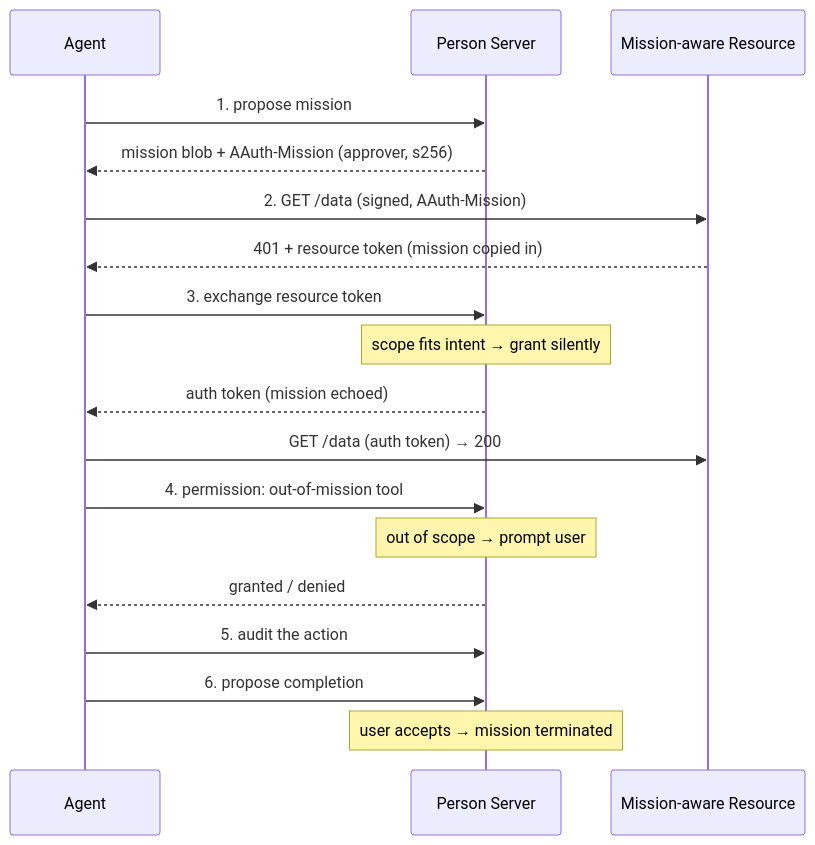
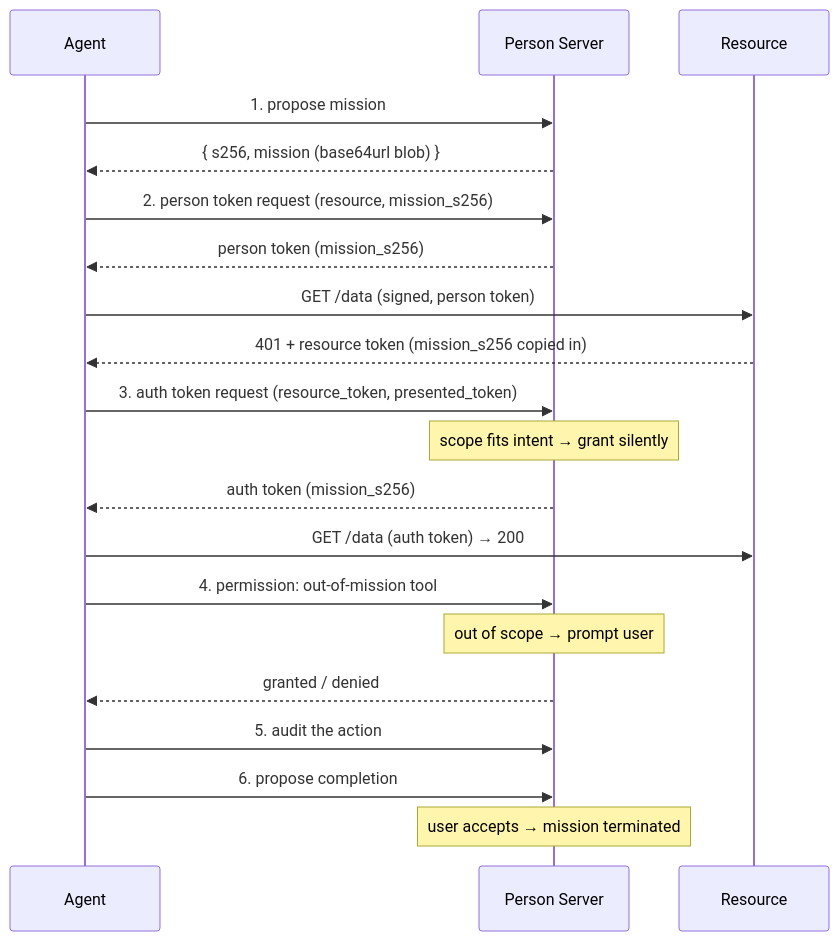
One commit to aauth-dev/dotnet-samples changed the diagram in docs/workflows/mission-governed-access.md. Above: the diagram before and after it, drawn with Mermaid. The commit also changed other lines of this file and 26 other files, not shown here.

````diff
--- a/docs/workflows/mission-governed-access.md
+++ b/docs/workflows/mission-governed-access.md
@@ -24,24 +24,26 @@
 ```mermaid
 sequenceDiagram
     participant Agent
     participant PS as Person Server
-    participant Resource as Mission-aware Resource
+    participant Resource
 
     Agent->>PS: 1. propose mission
-    PS-->>Agent: mission blob + AAuth-Mission (approver, s256)
+    PS-->>Agent: { s256, mission (base64url blob) }
 
-    Agent->>Resource: 2. GET /data (signed, AAuth-Mission)
-    Resource-->>Agent: 401 + resource token (mission copied in)
-    Agent->>PS: 3. exchange resource token
+    Agent->>PS: 2. person token request (resource, mission_s256)
+    PS-->>Agent: person token (mission_s256)
+    Agent->>Resource: GET /data (signed, person token)
+    Resource-->>Agent: 401 + resource token (mission_s256 copied in)
+    Agent->>PS: 3. auth token request (resource_token, presented_token)
     Note over PS: scope fits intent → grant silently
-    PS-->>Agent: auth token (mission echoed)
+    PS-->>Agent: auth token (mission_s256)
     Agent->>Resource: GET /data (auth token) → 200
 
     Agent->>PS: 4. permission: out-of-mission tool
     Note over PS: out of scope → prompt user
     PS-->>Agent: granted / denied
 
     Agent->>PS: 5. audit the action
     Agent->>PS: 6. propose completion
     Note over PS: user accepts → mission terminated
 ```
````
